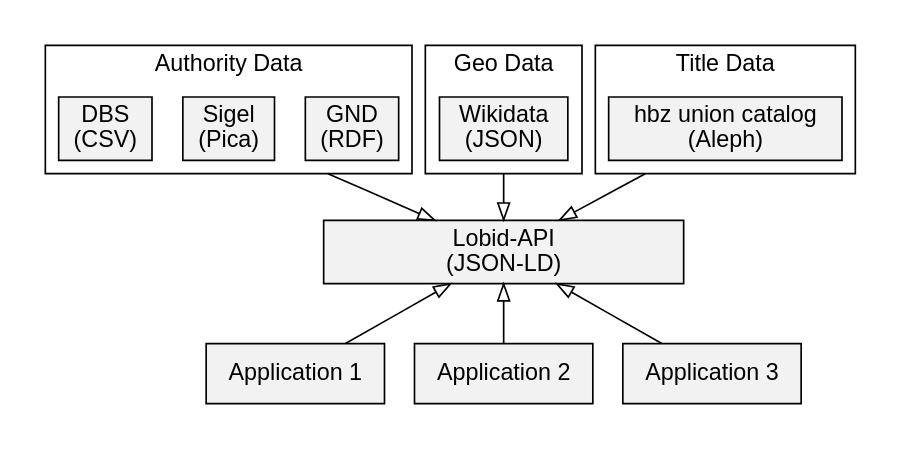
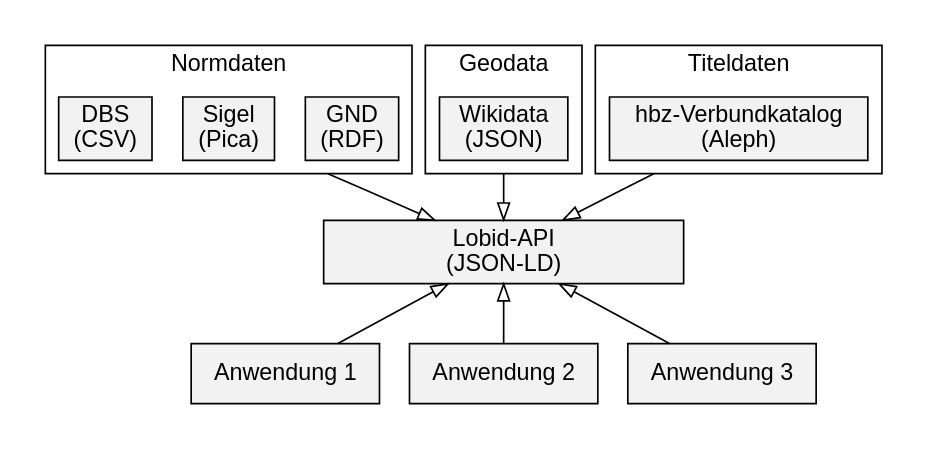
Before and after one commit to hbz/lobid: the diagram in doc/images/data.dot, drawn with Graphviz. The commit also changed 8 other files, not shown here.

First line of the commit message:
Translate Graphviz-based figures, add script to generate images

```diff
--- a/doc/images/data.dot
+++ b/doc/images/data.dot
@@ -1,59 +1,59 @@
 digraph data {
 	compound=true
 	node[shape=box style=filled fontname=helvetica fillcolor=gray95]
 	graph [fillcolor=gray95 fontname=helvetica]
 	edge[fontname=helvetica]
 	edge[arrowhead=empty arrowtail=empty]
 	rankdir=TD
 	splines=false
 	
 	subgraph cluster_1{
 	style=invis
 	
 	/*
 	subgraph cluster_libs{
 		style=invis
 		libs [label="Libraries"]
 	}
 	*/
 	
 	subgraph cluster_title{
 		style=solid
-		label="Title Data"
-		union [label="hbz union catalog\n(Aleph)"]
+		label="Titeldaten"
+		union [label="hbz-Verbundkatalog\n(Aleph)"]
 	}
 	
 	subgraph cluster_geo{
 		style=solid
-		label="Geo Data"
+		label="Geodata"
 		wikidata[label="Wikidata\n(JSON)"]
 	}
 	
 	subgraph cluster_auth{
 		style=solid
-		label="Authority Data"
+		label="Normdaten"
 		gnd[label="GND\n(RDF)"]
 		sigel[label="Sigel\n(Pica)"]
 		dbs[label="DBS\n(CSV)"]
 	}
 	
 	
 	
 	api[label="Lobid-API\n(JSON-LD)" width=3]
 	
 	//libs->union[lhead=cluster_title]
 	//libs->sigel[lhead=cluster_auth]
 	
 	wikidata->api[ltail=cluster_geo]
 	sigel->api[ltail=cluster_auth]
 	union->api[ltail=cluster_title]
 	
-	app1[label="Application 1"]
-	app2[label="Application 2"]
-	app3[label="Application 3"]
+	app1[label="Anwendung 1"]
+	app2[label="Anwendung 2"]
+	app3[label="Anwendung 3"]
 	
 	api->app1[dir=back]
 	api->app2[dir=back]
 	api->app3[dir=back]
 	}
 } 
```
